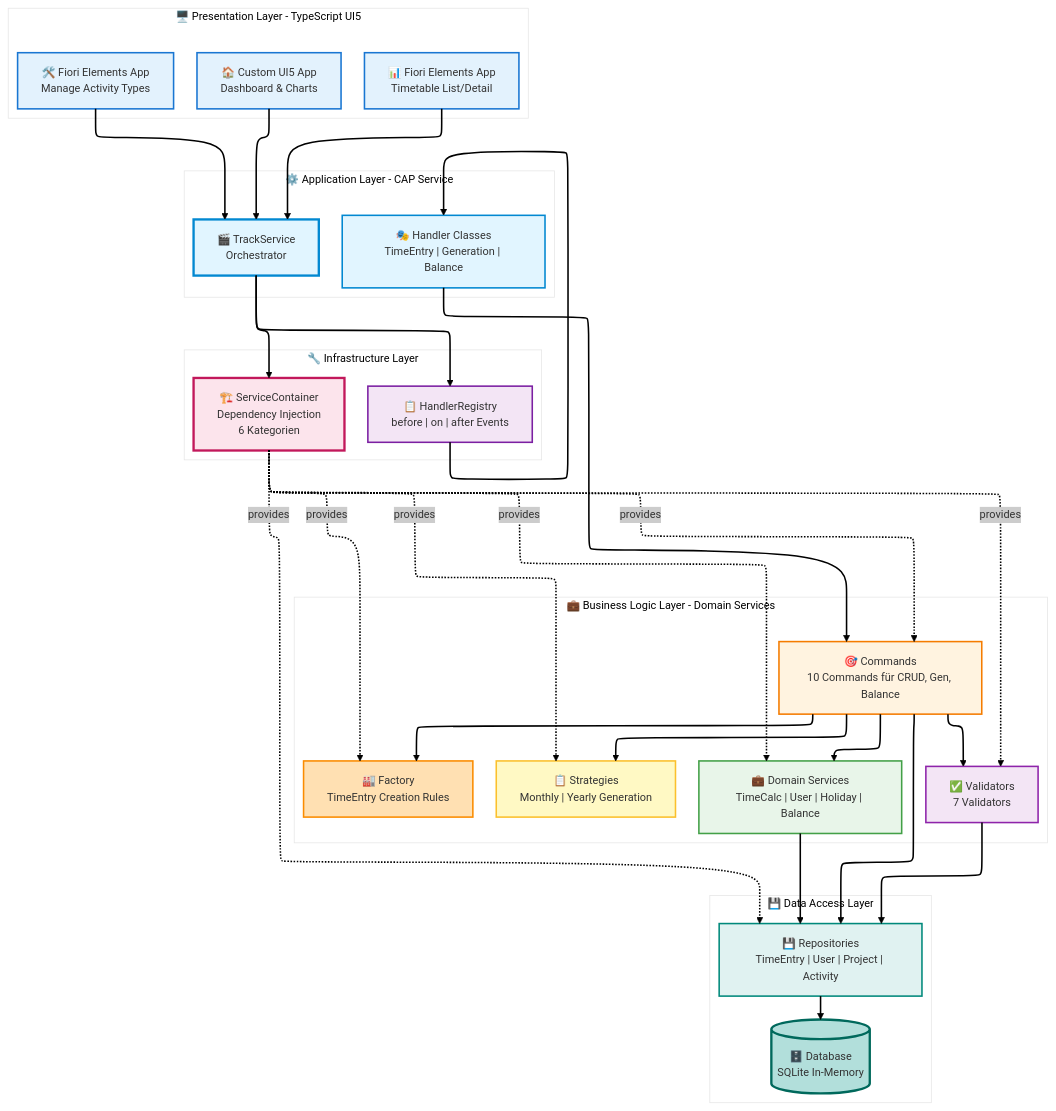
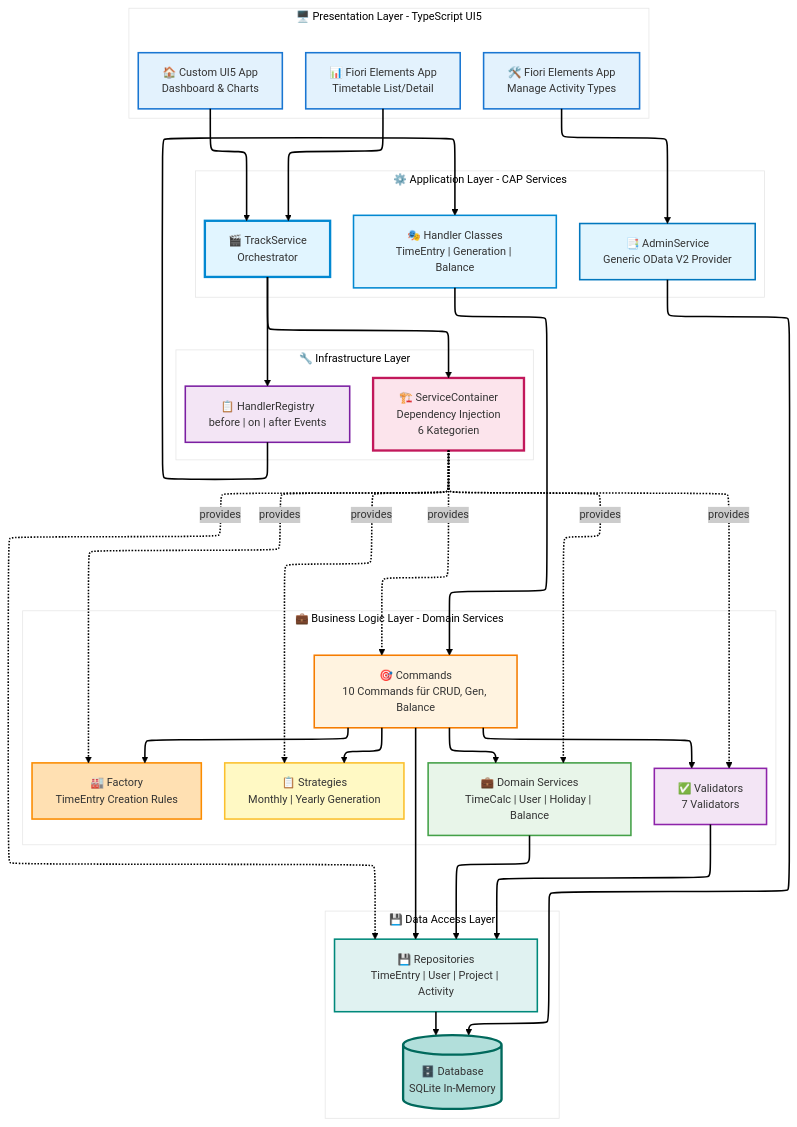
One commit to nimble-123/cap-fiori-timetracking changed the third of 11 diagrams in docs/ARCHITECTURE.md. Above: the diagram before and after it, drawn with Mermaid. The commit also changed other lines of this file, not shown here.

Commit message:
feat: Update Node.js version requirement to 22 LTS and enhance AdminService documentation

````diff
--- a/docs/ARCHITECTURE.md
+++ b/docs/ARCHITECTURE.md
@@ -433,9 +434,10 @@
         UI2["🏠 Custom UI5 App<br/>Dashboard & Charts"]
     end
 
-    subgraph "⚙️ Application Layer - CAP Service"
+    subgraph "⚙️ Application Layer - CAP Services"
         SVC["🎬 TrackService<br/>Orchestrator"]
         HANDLERS["🎭 Handler Classes<br/>TimeEntry | Generation | Balance"]
+        ADMIN["📑 AdminService<br/>Generic OData V2 Provider"]
     end
 
     subgraph "💼 Business Logic Layer - Domain Services"
@@ -459,7 +461,7 @@
     %% UI to Service
     UI1 --> SVC
     UI2 --> SVC
-    UI3 --> SVC
+    UI3 --> ADMIN
 
     %% Service Infrastructure
     SVC --> REGISTRY
@@ -479,6 +481,7 @@
     %% Services to Repos
     SRV --> REPO
     VAL --> REPO
+    ADMIN --> DB
 
     %% Repos to DB
     REPO --> DB
@@ -506,4 +509,5 @@
     style UI1 fill:#e3f2fd,stroke:#1976d2,stroke-width:2px
     style UI2 fill:#e3f2fd,stroke:#1976d2,stroke-width:2px
     style UI3 fill:#e3f2fd,stroke:#1976d2,stroke-width:2px
+    style ADMIN fill:#e1f5fe,stroke:#0277bd,stroke-width:2px
 ```
````
